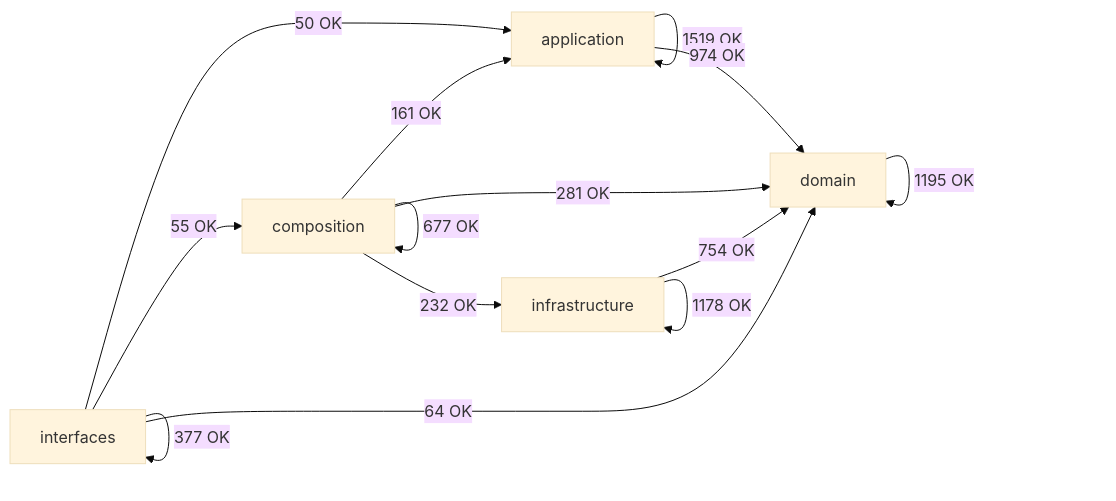
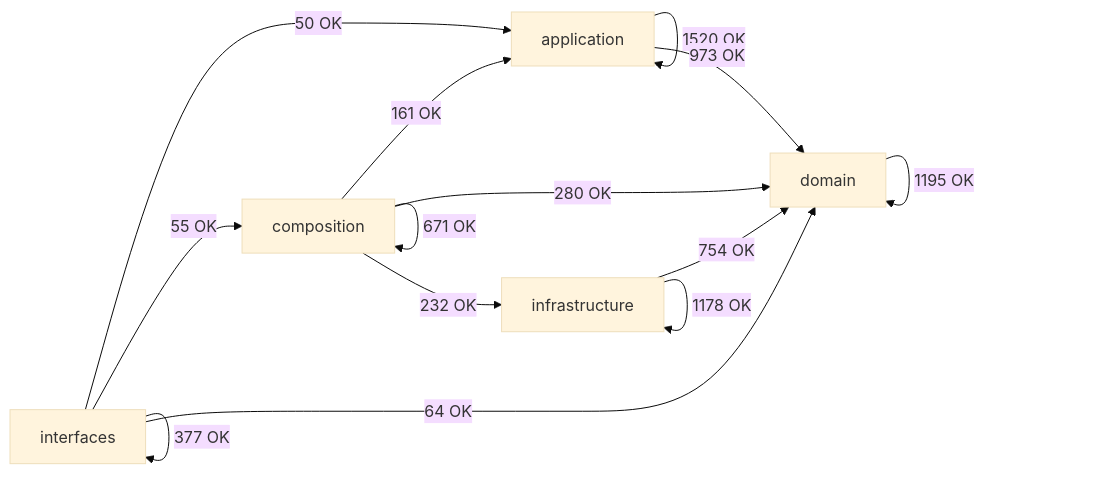
Before and after one commit to SatoryKono/BioactivityDataAcquisition: the diagram in docs/02-architecture/generated/module-dependency-map.md, drawn with Mermaid (base theme). The commit also changed other lines of this file and 15 other files, not shown here.

Commit message:
fix(ci): finish RF-005 architecture closeout

````diff
--- a/docs/02-architecture/generated/module-dependency-map.md
+++ b/docs/02-architecture/generated/module-dependency-map.md
@@ -17,21 +17,21 @@
 ```mermaid
 flowchart LR
     domain[domain]
     application[application]
     infrastructure[infrastructure]
     composition[composition]
     interfaces[interfaces]
-    application -->|1519 OK| application
-    application -->|974 OK| domain
+    application -->|1520 OK| application
+    application -->|973 OK| domain
     composition -->|161 OK| application
-    composition -->|677 OK| composition
-    composition -->|281 OK| domain
+    composition -->|671 OK| composition
+    composition -->|280 OK| domain
     composition -->|232 OK| infrastructure
     domain -->|1195 OK| domain
     infrastructure -->|754 OK| domain
     infrastructure -->|1178 OK| infrastructure
     interfaces -->|50 OK| application
     interfaces -->|55 OK| composition
     interfaces -->|64 OK| domain
     interfaces -->|377 OK| interfaces
 ```
````
